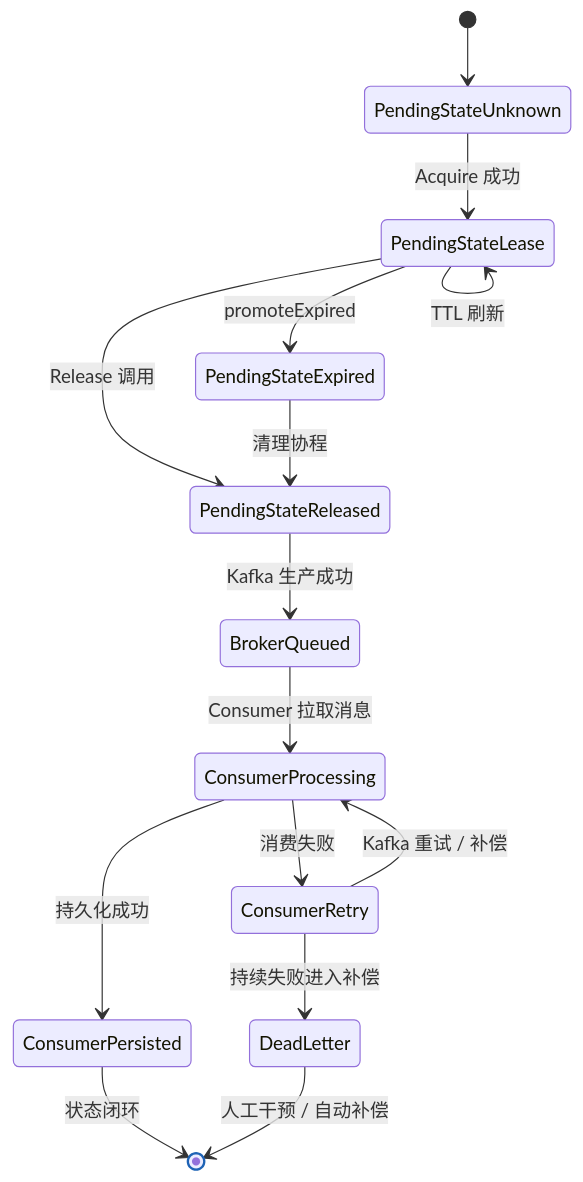
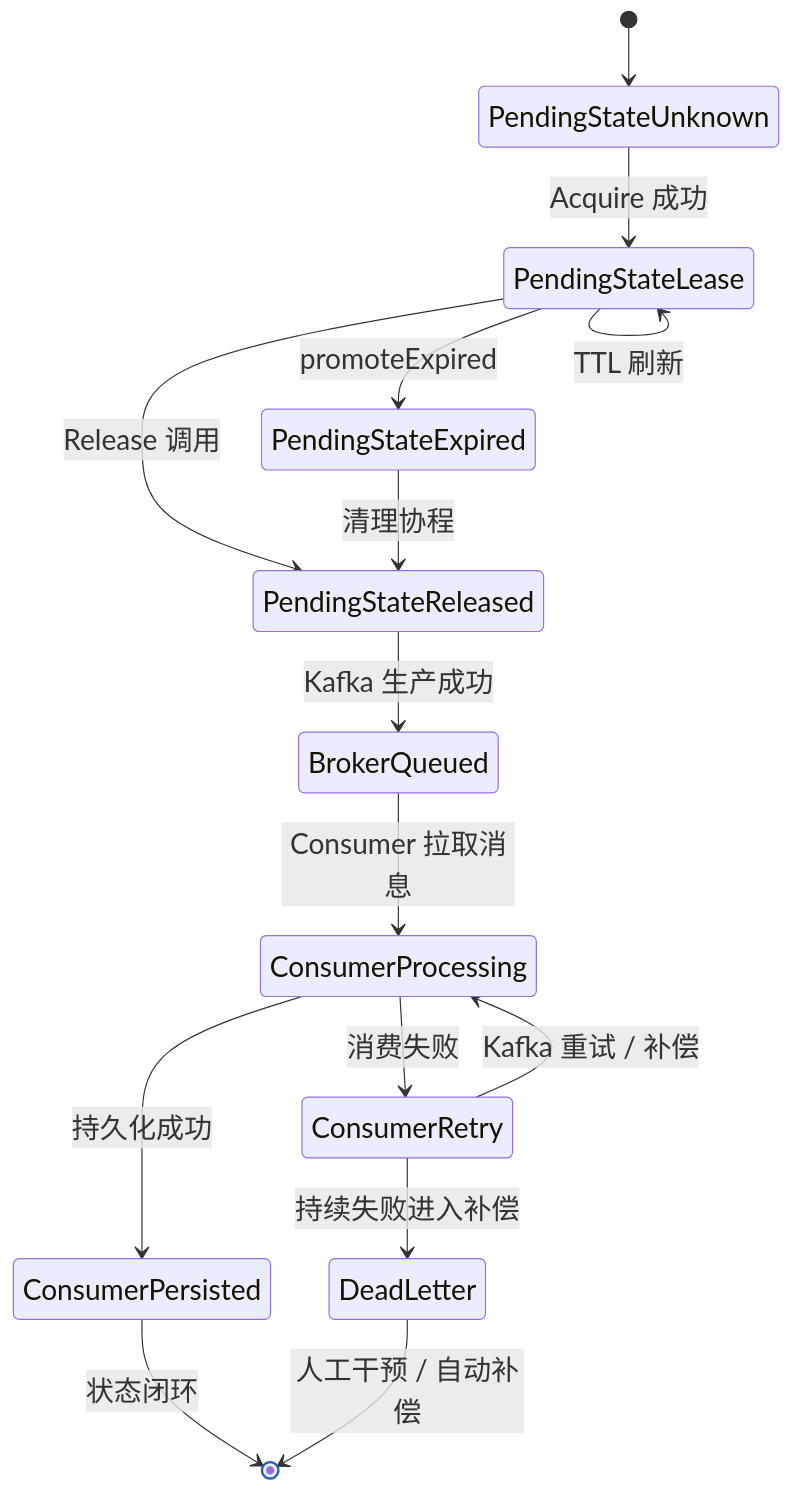
Before and after one commit to maxiaolu197102/cdmp-mini: the eighth of 11 diagrams in doc/create_api_analysis.md, drawn with Mermaid. The commit also changed other lines of this file and 6 other files, not shown here.

````diff
--- a/doc/create_api_analysis.md
+++ b/doc/create_api_analysis.md
@@ -654,18 +659,18 @@
 ```mermaid
-%%{init: {'themeVariables': {'lineColor': '#1E63B5', 'lineWidth': 3}}}%%
+%%{init: {'themeVariables': {'lineColor': '#1E63B5', 'lineWidth': 3, 'fontSize': '24px'}}}%%
 stateDiagram-v2
     [*] --> PendingStateUnknown
     PendingStateUnknown --> PendingStateLease: Acquire 成功
     PendingStateLease --> PendingStateReleased: Release 调用
     PendingStateLease --> PendingStateExpired: promoteExpired
     PendingStateLease --> PendingStateLease: TTL 刷新
     PendingStateExpired --> PendingStateReleased: 清理协程
     PendingStateReleased --> BrokerQueued: Kafka 生产成功
     BrokerQueued --> ConsumerProcessing: Consumer 拉取消息
     ConsumerProcessing --> ConsumerRetry: 消费失败
     ConsumerProcessing --> ConsumerPersisted: 持久化成功
     ConsumerRetry --> ConsumerProcessing: Kafka 重试 / 补偿
     ConsumerPersisted --> [*]: 状态闭环
     ConsumerRetry --> DeadLetter: 持续失败进入补偿
     DeadLetter --> [*]: 人工干预 / 自动补偿
 ```
````
